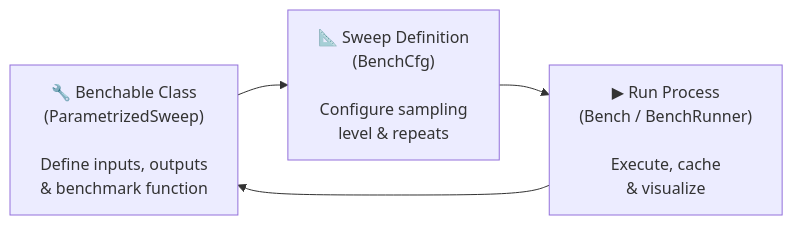
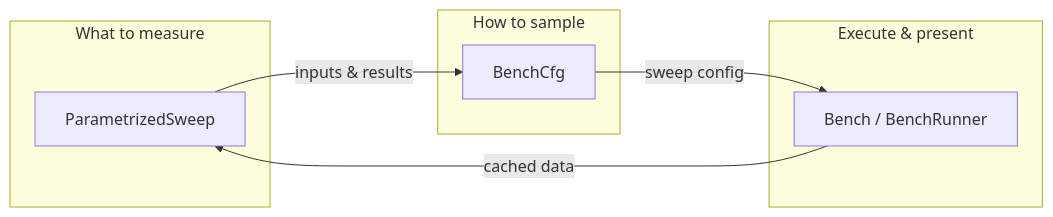
The diagram in docs/concepts.md (blooop/bencher), drawn with Mermaid before and after one commit. The commit also changed other lines of this file, not shown here.

First line of the commit message:
fix: rewrite Mermaid diagram to avoid \n rendering issues

````diff
--- a/docs/concepts.md
+++ b/docs/concepts.md
@@ -47,8 +49,16 @@
 ```{mermaid}
 flowchart LR
-    A["🔧 Benchable Class\n(ParametrizedSweep)\n\nDefine inputs, outputs\n& benchmark function"]
-    B["📐 Sweep Definition\n(BenchCfg)\n\nConfigure sampling\nlevel & repeats"]
-    C["▶ Run Process\n(Bench / BenchRunner)\n\nExecute, cache\n& visualize"]
+    subgraph What ["What to measure"]
+        A[ParametrizedSweep]
+    end
+    subgraph How ["How to sample"]
+        B[BenchCfg]
+    end
+    subgraph Run ["Execute & present"]
+        C[Bench / BenchRunner]
+    end
 
-    A --> B --> C --> A
+    A -- "inputs & results" --> B
+    B -- "sweep config" --> C
+    C -- "cached data" --> A
 ```
````
